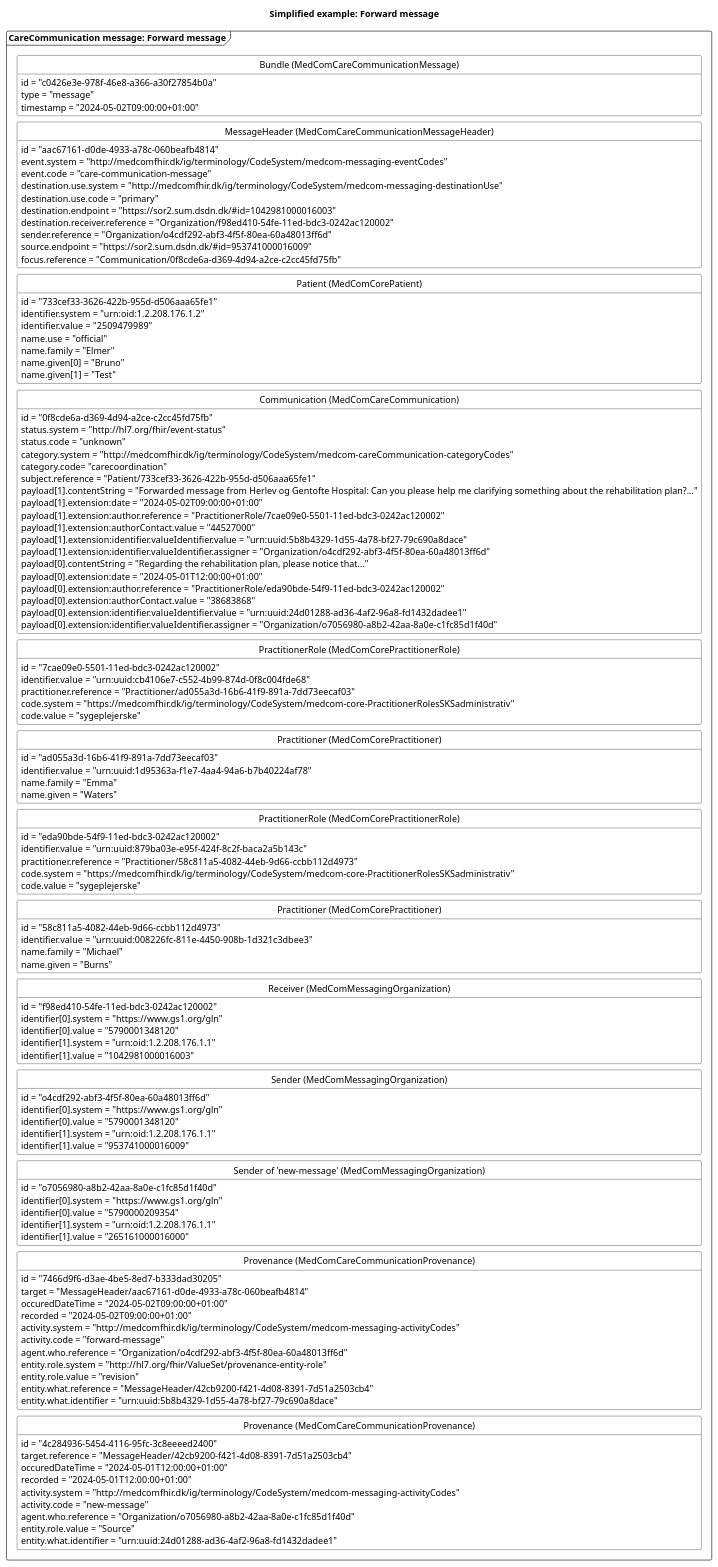
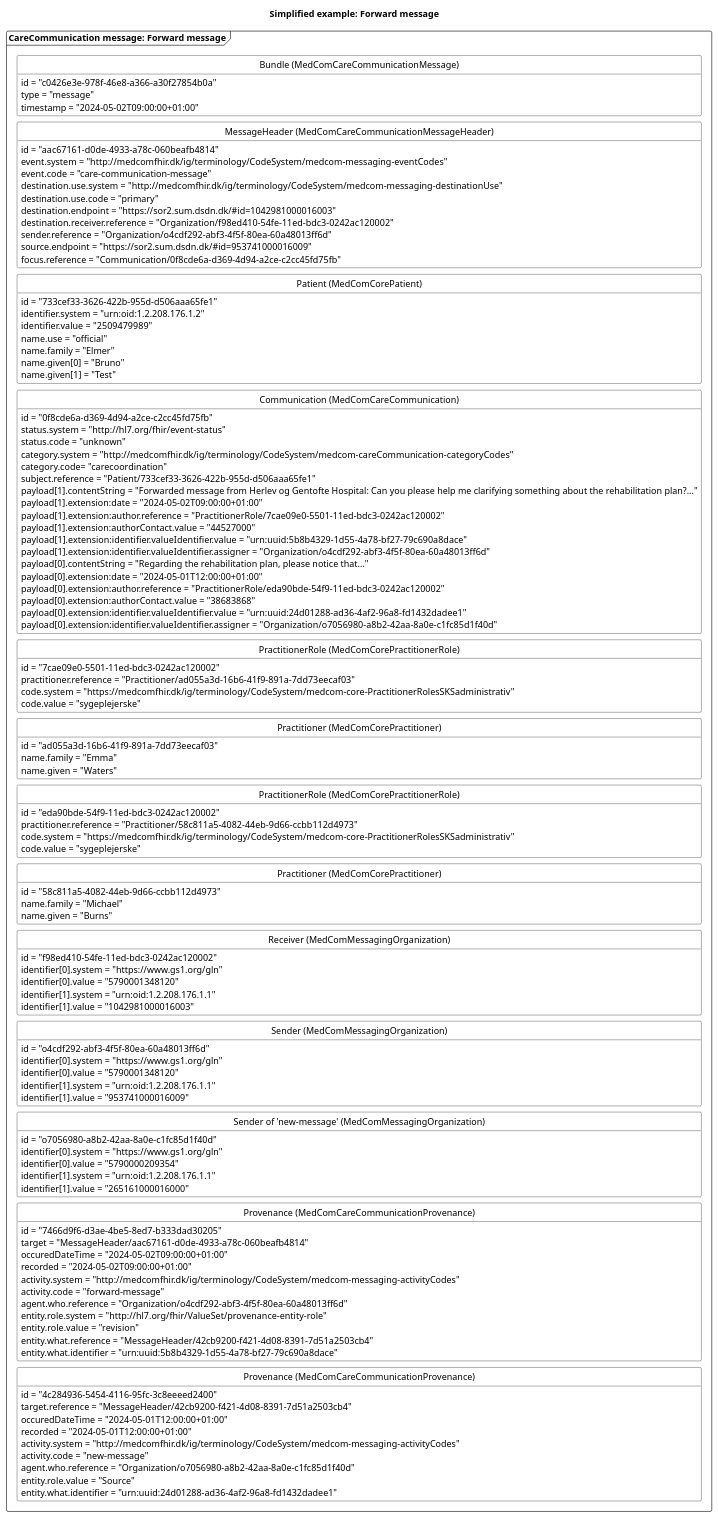
The diagram in puml/CareCommunicationForwardMessage.puml (medcomdk/dk-medcom-carecommunication), drawn with PlantUML before and after one commit. The commit also changed 7 other files, not shown here.

```diff
--- a/puml/CareCommunicationForwardMessage.puml
+++ b/puml/CareCommunicationForwardMessage.puml
@@ -1,152 +1,148 @@
 @startuml CCForwardMessage2
 
 'layout
 skinparam class {
     BackgroundColor White
     BorderColor Black
     ArrowColor Black
   }
 hide circle
 hide empty members
 skinparam SameClassWidth true
 skinparam Ranksep 10
 
 
 'title
 title Simplified example: Forward message
 
 'Message 1: Forward message
 package "CareCommunication message: Forward message" as forward <<Frame>>{
     class "Bundle (MedComCareCommunicationMessage)" as forwardB {
         id = "c0426e3e-978f-46e8-a366-a30f27854b0a"
         type = "message"
         timestamp = "2024-05-02T09:00:00+01:00"
     }
     class "MessageHeader (MedComCareCommunicationMessageHeader)" as forwardMH{
         id = "aac67161-d0de-4933-a78c-060beafb4814"
         event.system = "http://medcomfhir.dk/ig/terminology/CodeSystem/medcom-messaging-eventCodes"
         event.code = "care-communication-message"
         destination.use.system = "http://medcomfhir.dk/ig/terminology/CodeSystem/medcom-messaging-destinationUse"
         destination.use.code = "primary"
         destination.endpoint = "https://sor2.sum.dsdn.dk/#id=1042981000016003"
         destination.receiver.reference = "Organization/f98ed410-54fe-11ed-bdc3-0242ac120002"
         sender.reference = "Organization/o4cdf292-abf3-4f5f-80ea-60a48013ff6d"
         source.endpoint = "https://sor2.sum.dsdn.dk/#id=953741000016009"
         focus.reference = "Communication/0f8cde6a-d369-4d94-a2ce-c2cc45fd75fb"
     }
     class "Patient (MedComCorePatient)" as forwardPT{
         id = "733cef33-3626-422b-955d-d506aaa65fe1"
         identifier.system = "urn:oid:1.2.208.176.1.2"
         identifier.value = "2509479989"
         name.use = "official"
         name.family = "Elmer"
         name.given[0] = "Bruno"
         name.given[1] = "Test"
     }
     class "Communication (MedComCareCommunication)" as forwardCom{
         id = "0f8cde6a-d369-4d94-a2ce-c2cc45fd75fb"
         status.system = "http://hl7.org/fhir/event-status" 
         status.code = "unknown"
         category.system = "http://medcomfhir.dk/ig/terminology/CodeSystem/medcom-careCommunication-categoryCodes"
         category.code= "carecoordination"
         subject.reference = "Patient/733cef33-3626-422b-955d-d506aaa65fe1"
         payload[1].contentString = "Forwarded message from Herlev og Gentofte Hospital: Can you please help me clarifying something about the rehabilitation plan?..."
         payload[1].extension:date = "2024-05-02T09:00:00+01:00"
         payload[1].extension:author.reference = "PractitionerRole/7cae09e0-5501-11ed-bdc3-0242ac120002"
         payload[1].extension:authorContact.value = "44527000"
         payload[1].extension:identifier.valueIdentifier.value = "urn:uuid:5b8b4329-1d55-4a78-bf27-79c690a8dace"
         payload[1].extension:identifier.valueIdentifier.assigner = "Organization/o4cdf292-abf3-4f5f-80ea-60a48013ff6d"
         payload[0].contentString = "Regarding the rehabilitation plan, please notice that..."
         payload[0].extension:date = "2024-05-01T12:00:00+01:00"
         payload[0].extension:author.reference = "PractitionerRole/eda90bde-54f9-11ed-bdc3-0242ac120002"
         payload[0].extension:authorContact.value = "38683868"
         payload[0].extension:identifier.valueIdentifier.value = "urn:uuid:24d01288-ad36-4af2-96a8-fd1432dadee1"
         payload[0].extension:identifier.valueIdentifier.assigner = "Organization/o7056980-a8b2-42aa-8a0e-c1fc85d1f40d"
     }
     class "PractitionerRole (MedComCorePractitionerRole)" as forwardPracR{
         id = "7cae09e0-5501-11ed-bdc3-0242ac120002"
-        identifier.value = "urn:uuid:cb4106e7-c552-4b99-874d-0f8c004fde68"
         practitioner.reference = "Practitioner/ad055a3d-16b6-41f9-891a-7dd73eecaf03"
         code.system = "https://medcomfhir.dk/ig/terminology/CodeSystem/medcom-core-PractitionerRolesSKSadministrativ"
         code.value = "sygeplejerske"
     }
     class "Practitioner (MedComCorePractitioner)" as forwardPrac{
         id = "ad055a3d-16b6-41f9-891a-7dd73eecaf03"
-        identifier.value = "urn:uuid:1d95363a-f1e7-4aa4-94a6-b7b40224af78"
         name.family = "Emma"
         name.given = "Waters"
     }
     class "PractitionerRole (MedComCorePractitionerRole)" as newPracR{
         id = "eda90bde-54f9-11ed-bdc3-0242ac120002"
-        identifier.value = "urn:uuid:879ba03e-e95f-424f-8c2f-baca2a5b143c"
         practitioner.reference = "Practitioner/58c811a5-4082-44eb-9d66-ccbb112d4973"
         code.system = "https://medcomfhir.dk/ig/terminology/CodeSystem/medcom-core-PractitionerRolesSKSadministrativ"
         code.value = "sygeplejerske"
     }
     class "Practitioner (MedComCorePractitioner)" as newPrac{
         id = "58c811a5-4082-44eb-9d66-ccbb112d4973"
-        identifier.value = "urn:uuid:008226fc-811e-4450-908b-1d321c3dbee3"
         name.family = "Michael"
         name.given = "Burns"
     }
     class "Receiver (MedComMessagingOrganization)" as forwardROrg{
         id = "f98ed410-54fe-11ed-bdc3-0242ac120002"
         identifier[0].system = "https://www.gs1.org/gln"
         identifier[0].value = "5790001348120"
         identifier[1].system = "urn:oid:1.2.208.176.1.1"
         identifier[1].value = "1042981000016003"
     }
     class "Sender (MedComMessagingOrganization)" as forwardSOrg{
         id = "o4cdf292-abf3-4f5f-80ea-60a48013ff6d"
         identifier[0].system = "https://www.gs1.org/gln"
         identifier[0].value = "5790001348120"
         identifier[1].system = "urn:oid:1.2.208.176.1.1"
         identifier[1].value = "953741000016009"
     }
     class "Sender of 'new-message' (MedComMessagingOrganization)" as senderOrg{
         id = "o7056980-a8b2-42aa-8a0e-c1fc85d1f40d"
         identifier[0].system = "https://www.gs1.org/gln"
         identifier[0].value = "5790000209354"
         identifier[1].system = "urn:oid:1.2.208.176.1.1"
         identifier[1].value = "265161000016000"
     }
     class "Provenance (MedComCareCommunicationProvenance)" as forwardPRO{
         id = "7466d9f6-d3ae-4be5-8ed7-b333dad30205"
         target = "MessageHeader/aac67161-d0de-4933-a78c-060beafb4814"
         occuredDateTime = "2024-05-02T09:00:00+01:00"
         recorded = "2024-05-02T09:00:00+01:00"
         activity.system = "http://medcomfhir.dk/ig/terminology/CodeSystem/medcom-messaging-activityCodes"
         activity.code = "forward-message"
         agent.who.reference = "Organization/o4cdf292-abf3-4f5f-80ea-60a48013ff6d"
         entity.role.system = "http://hl7.org/fhir/ValueSet/provenance-entity-role"
         entity.role.value = "revision"
         entity.what.reference = "MessageHeader/42cb9200-f421-4d08-8391-7d51a2503cb4"
         entity.what.identifier = "urn:uuid:5b8b4329-1d55-4a78-bf27-79c690a8dace"
     }
     class "Provenance (MedComCareCommunicationProvenance)" as newPRO{
         id = "4c284936-5454-4116-95fc-3c8eeeed2400"
         target.reference = "MessageHeader/42cb9200-f421-4d08-8391-7d51a2503cb4"
         occuredDateTime = "2024-05-01T12:00:00+01:00"
         recorded = "2024-05-01T12:00:00+01:00"
         activity.system = "http://medcomfhir.dk/ig/terminology/CodeSystem/medcom-messaging-activityCodes"
         activity.code = "new-message"
         agent.who.reference = "Organization/o7056980-a8b2-42aa-8a0e-c1fc85d1f40d"
         entity.role.value = "Source"
         entity.what.identifier = "urn:uuid:24d01288-ad36-4af2-96a8-fd1432dadee1"
     }
 
 forwardB -[hidden]- forwardMH
 forwardMH -[hidden]-forwardPT
 forwardPT-[hidden]-forwardCom
 forwardCom -[hidden]-forwardPracR
 forwardPracR-[hidden]-forwardPrac
 forwardPrac-[hidden]-newPracR
 newPracR-[hidden]-newPrac
 newPrac-[hidden]-forwardROrg
 forwardROrg-[hidden]- forwardSOrg
 forwardSOrg-[hidden]-senderOrg
 senderOrg-[hidden]-forwardPRO
 forwardPRO-[hidden]-newPRO
 
 
 @enduml
```
